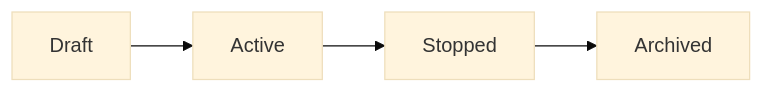
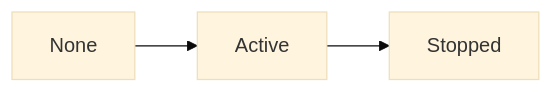
One commit to NTriKhang/personal-cognition-ledger changed the diagram in docs/domain/session/session-lifecycle.md. Above: the diagram before and after it, drawn with Mermaid (base theme). The commit also changed other lines of this file and 112 other files, not shown here.

````diff
--- a/docs/domain/session/session-lifecycle.md
+++ b/docs/domain/session/session-lifecycle.md
@@ -59,7 +69,6 @@
 ```mermaid
 flowchart LR
 
-Draft --> Active
+None --> Active
 Active --> Stopped
-Stopped --> Archived
 ```
````
